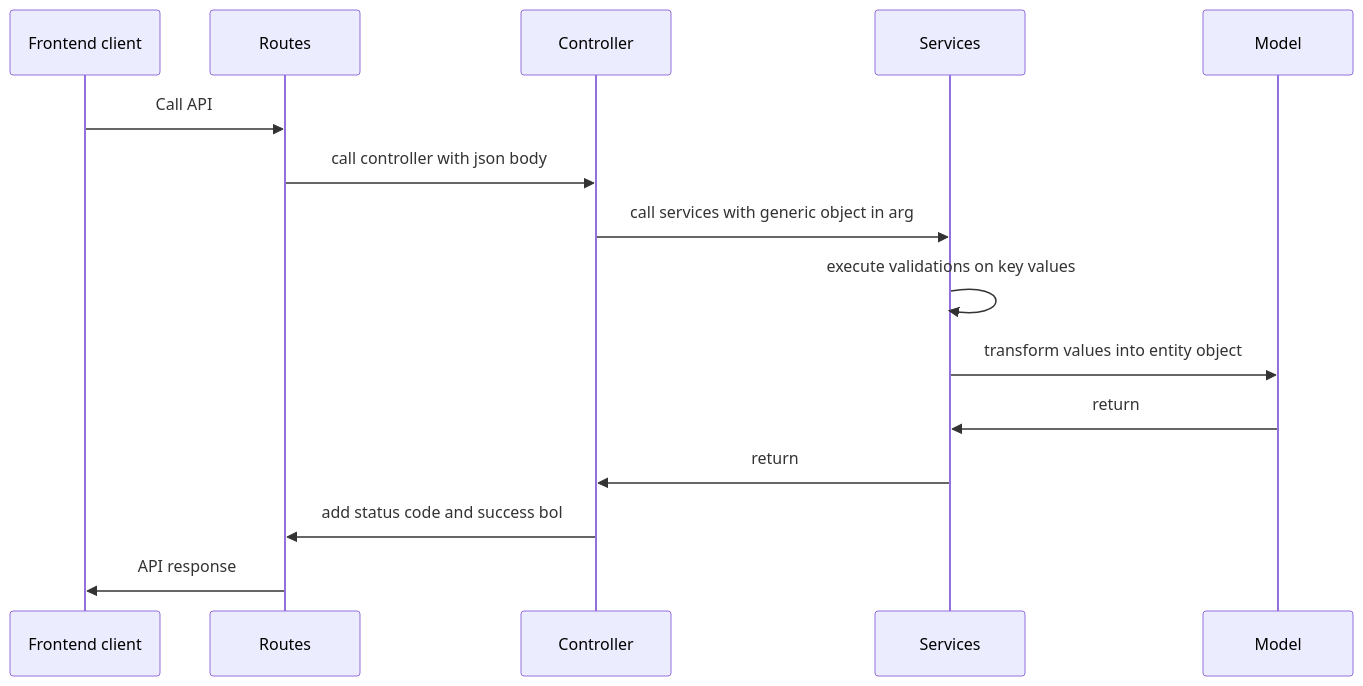
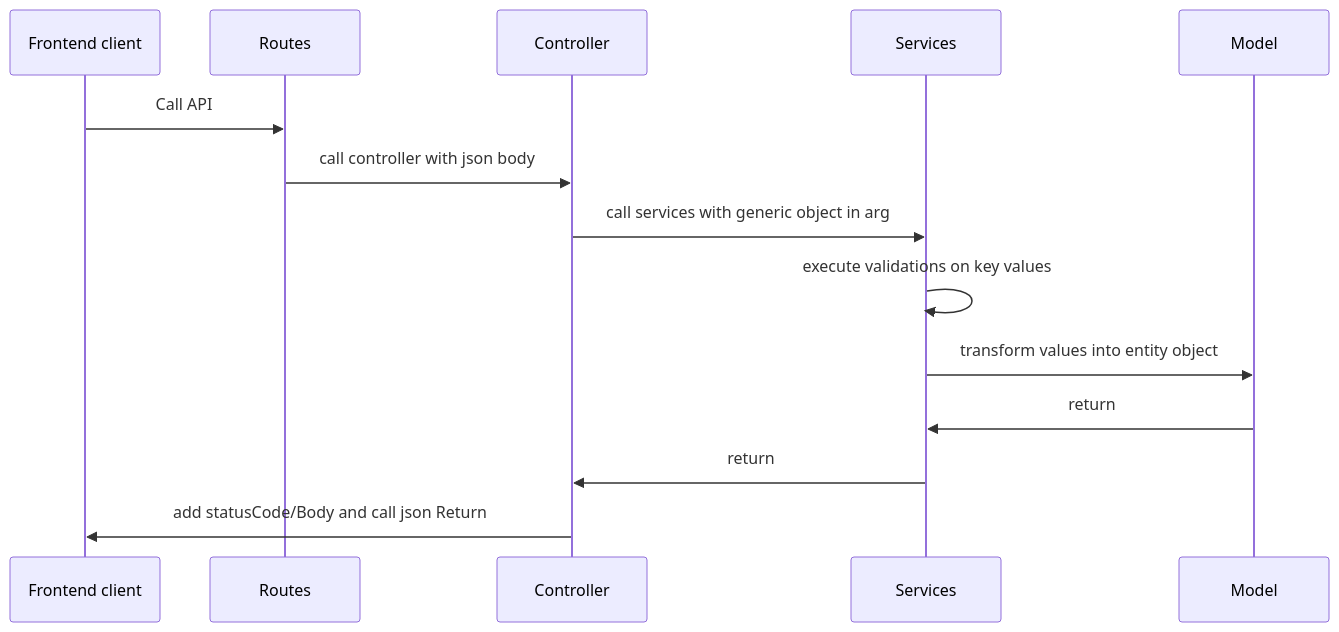
Before and after one commit to murilomorato/precelight-backend: the diagram in diagrams/generic-crud-diagram.md, drawn with Mermaid. The commit also changed 1 other file, not shown here.

Commit message:
test case to 404

````diff
--- a/diagrams/generic-crud-diagram.md
+++ b/diagrams/generic-crud-diagram.md
@@ -1,13 +1,12 @@
 ```mermaid
 sequenceDiagram
     participant A as Frontend client
     A->>Routes: Call API
     Routes->>Controller: call controller with json body
     Controller ->> Services: call services with generic object in arg
     Services ->> Services: execute validations on key values
     Services ->> Model: transform values into entity object
     Model ->> Services: return
     Services ->> Controller: return
-    Controller ->> Routes: add status code and success bol
-    Routes ->> A: API response
+    Controller ->> A: add statusCode/Body and call json Return
 ```
````
